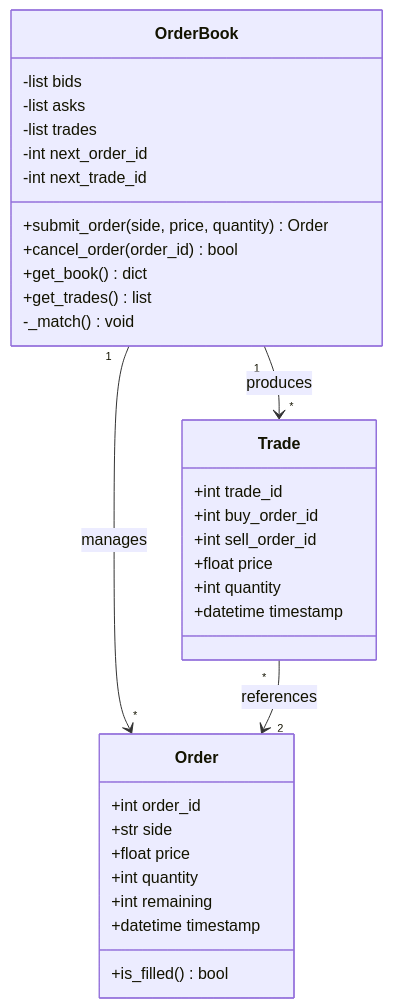
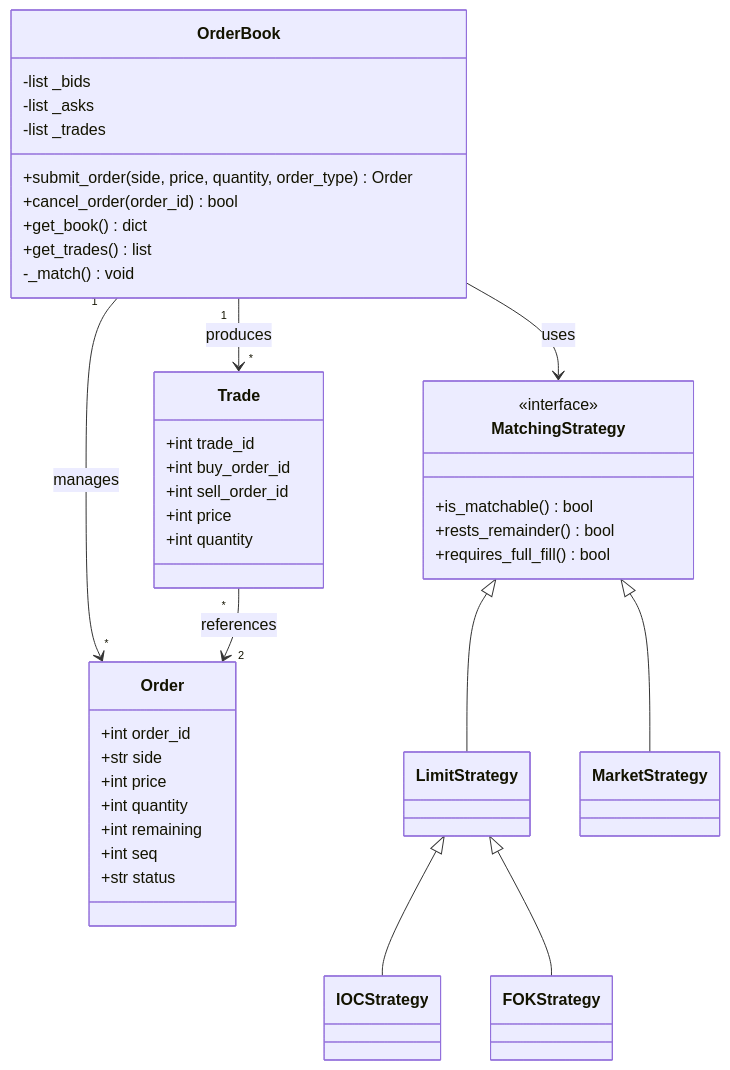
The first of 3 diagrams in docs/Design.md (smartjun14-af/mini-orderbook), drawn with Mermaid before and after one commit. The commit also changed other lines of this file, not shown here.

````diff
--- a/docs/Design.md
+++ b/docs/Design.md
@@ -99,38 +102,51 @@
 ```mermaid
 classDiagram
     class Order {
         +int order_id
         +str side
-        +float price
+        +int price
         +int quantity
         +int remaining
-        +datetime timestamp
-        +is_filled() bool
+        +int seq
+        +str status
     }
 
     class Trade {
         +int trade_id
         +int buy_order_id
         +int sell_order_id
-        +float price
+        +int price
         +int quantity
-        +datetime timestamp
     }
 
+    class MatchingStrategy {
+        <<interface>>
+        +is_matchable() bool
+        +rests_remainder() bool
+        +requires_full_fill() bool
+    }
+    class LimitStrategy
+    class MarketStrategy
+    class IOCStrategy
+    class FOKStrategy
+
     class OrderBook {
-        -list bids
-        -list asks
-        -list trades
-        -int next_order_id
-        -int next_trade_id
-        +submit_order(side, price, quantity) Order
+        -list _bids
+        -list _asks
+        -list _trades
+        +submit_order(side, price, quantity, order_type) Order
         +cancel_order(order_id) bool
         +get_book() dict
         +get_trades() list
         -_match() void
     }
 
+    MatchingStrategy <|-- LimitStrategy
+    MatchingStrategy <|-- MarketStrategy
+    LimitStrategy <|-- IOCStrategy
+    LimitStrategy <|-- FOKStrategy
     OrderBook "1" --> "*" Order : manages
     OrderBook "1" --> "*" Trade : produces
+    OrderBook --> MatchingStrategy : uses
     Trade "*" --> "2" Order : references
 ```
````
